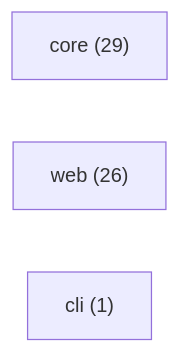
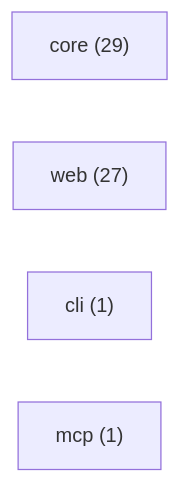
Before and after one commit to Conalh/repo-brief: the diagram in REPO_BRIEF.md, drawn with Mermaid. The commit also changed other lines of this file and 5 other files, not shown here.

````diff
--- a/REPO_BRIEF.md
+++ b/REPO_BRIEF.md
@@ -26,6 +27,7 @@
 ```mermaid
 graph LR
   n0["core (29)"]
-  n1["web (26)"]
+  n1["web (27)"]
   n2["cli (1)"]
+  n3["mcp (1)"]
 ```
````
